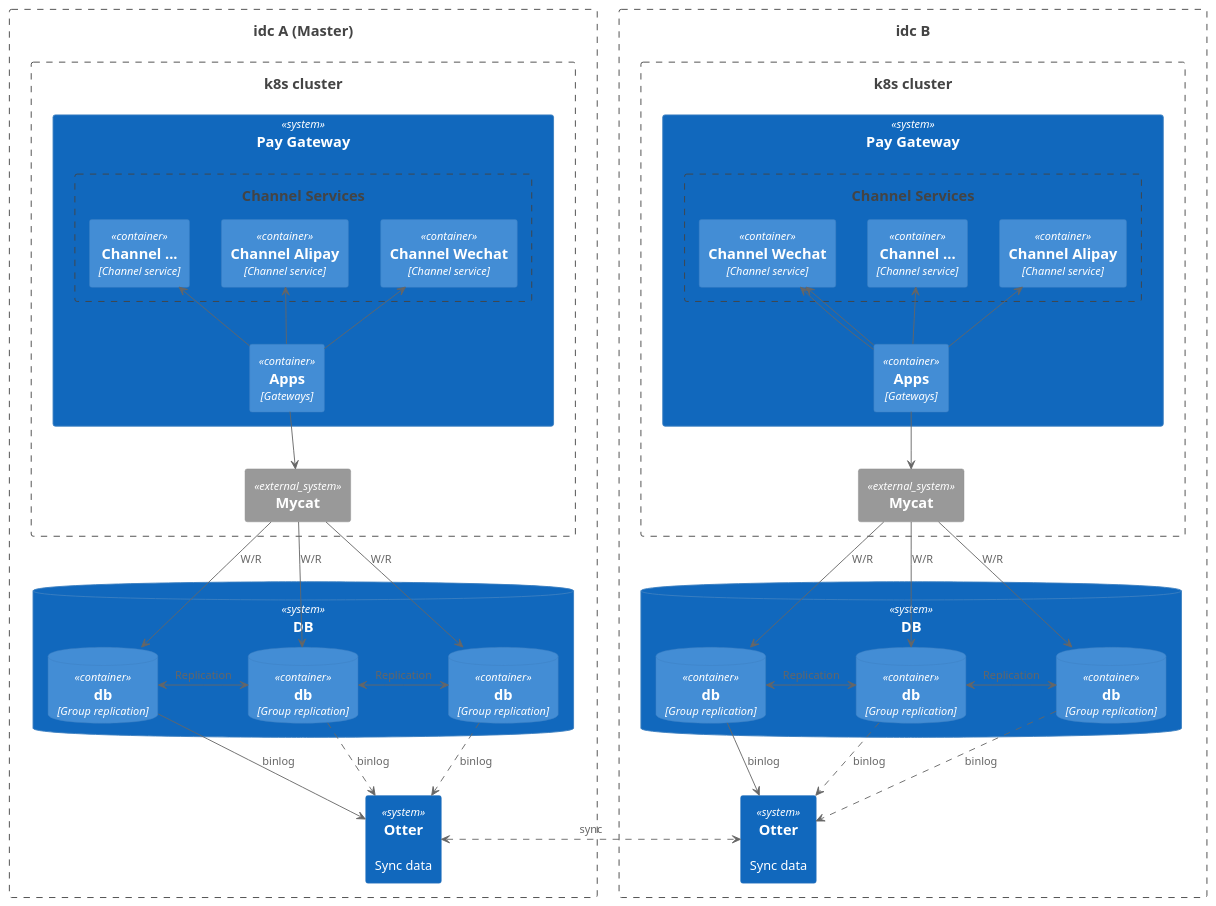
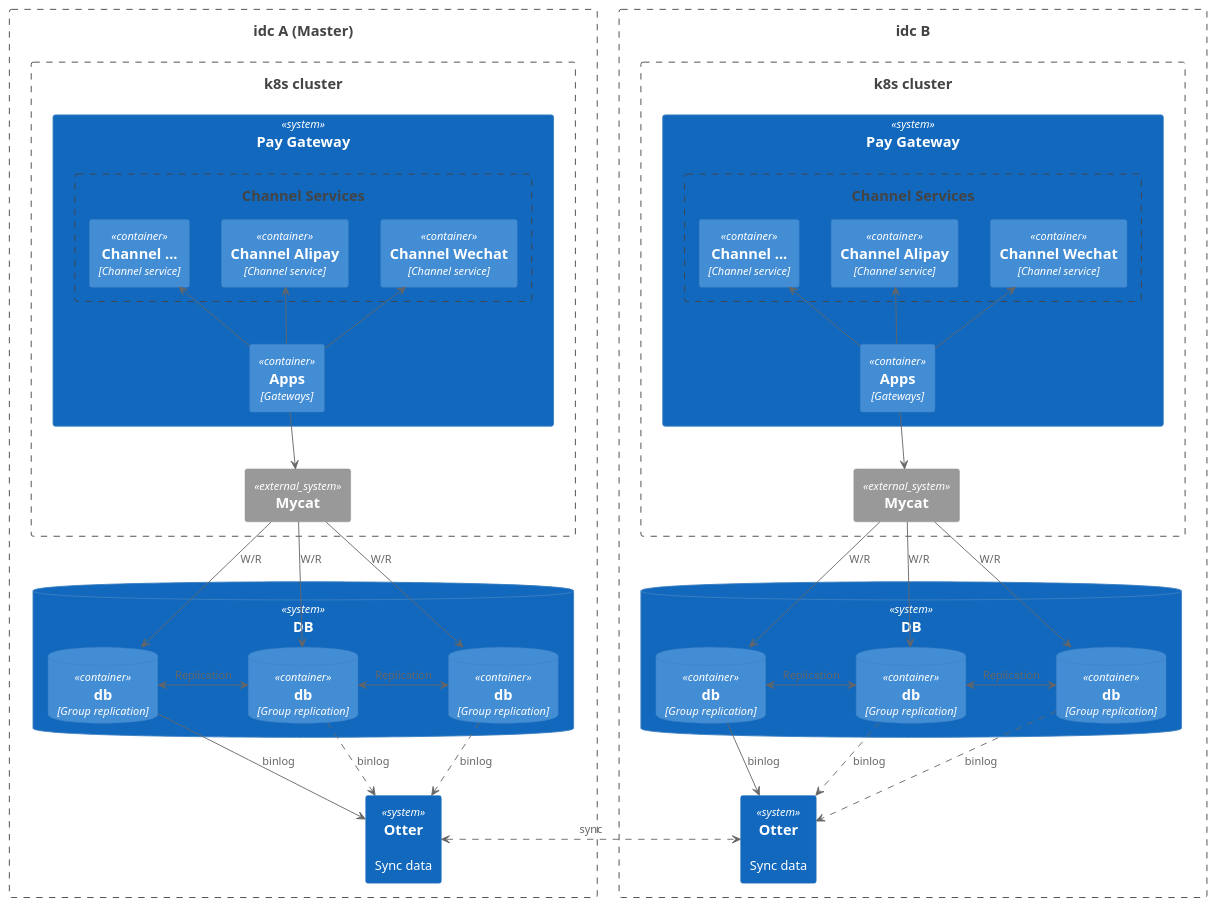
One commit to blademainer/blog changed the fifth of 6 diagrams in source/_posts/pay-design-architecture.md. Above: the diagram before and after it, drawn with PlantUML. The commit also changed other lines of this file, not shown here.

```diff
--- a/source/_posts/pay-design-architecture.md
+++ b/source/_posts/pay-design-architecture.md
@@ -424,7 +424,6 @@
   pab -U-> chb1
   pab -U-> chb2
   pab -U-> chbx
-  pab -> chb1
   
   mb -D-> dbb1: W/R
   mb -D-> dbb2: W/R
```
